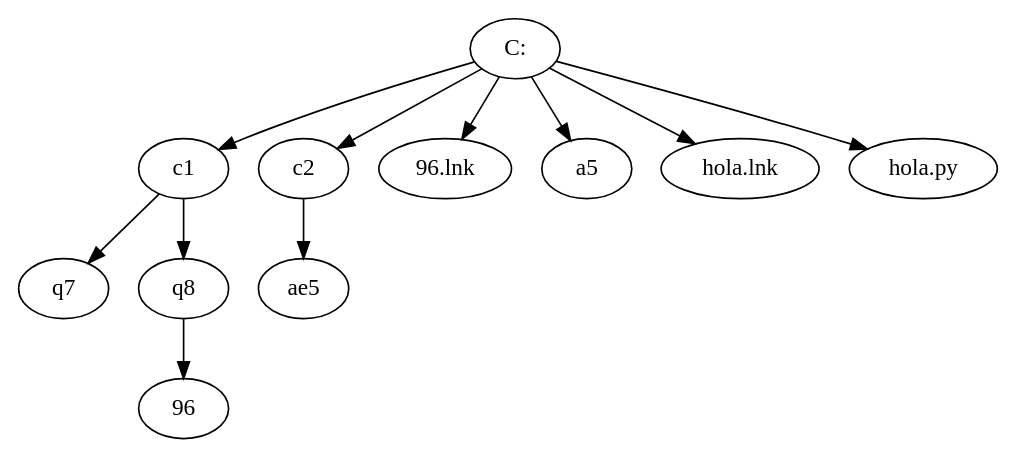
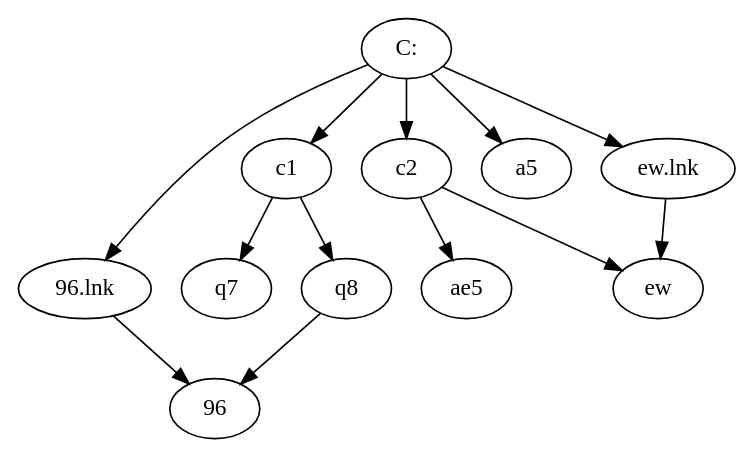
One commit to BryanBlacks/Algoritmos-y-Estructuras-de-Datos changed the diagram in Unidad II/III PAC/AED-0700-ProyectoNo2/Python/Memory/test.dot. Above: the diagram before and after it, drawn with Graphviz. The commit also changed 5 other files, not shown here.

```diff
--- a/Unidad II/III PAC/AED-0700-ProyectoNo2/Python/Memory/test.dot
+++ b/Unidad II/III PAC/AED-0700-ProyectoNo2/Python/Memory/test.dot
@@ -1,12 +1,14 @@
 strict digraph "" {
 	"C:" -> c1;
 	"C:" -> c2;
 	"C:" -> "96.lnk";
 	"C:" -> a5;
-	"C:" -> "hola.lnk";
-	"C:" -> "hola.py";
+	"C:" -> "ew.lnk";
 	c1 -> q7;
 	c1 -> q8;
 	q8 -> 96;
 	c2 -> ae5;
+	c2 -> ew;
+	"96.lnk" -> 96;
+	"ew.lnk" -> ew;
 }
```
